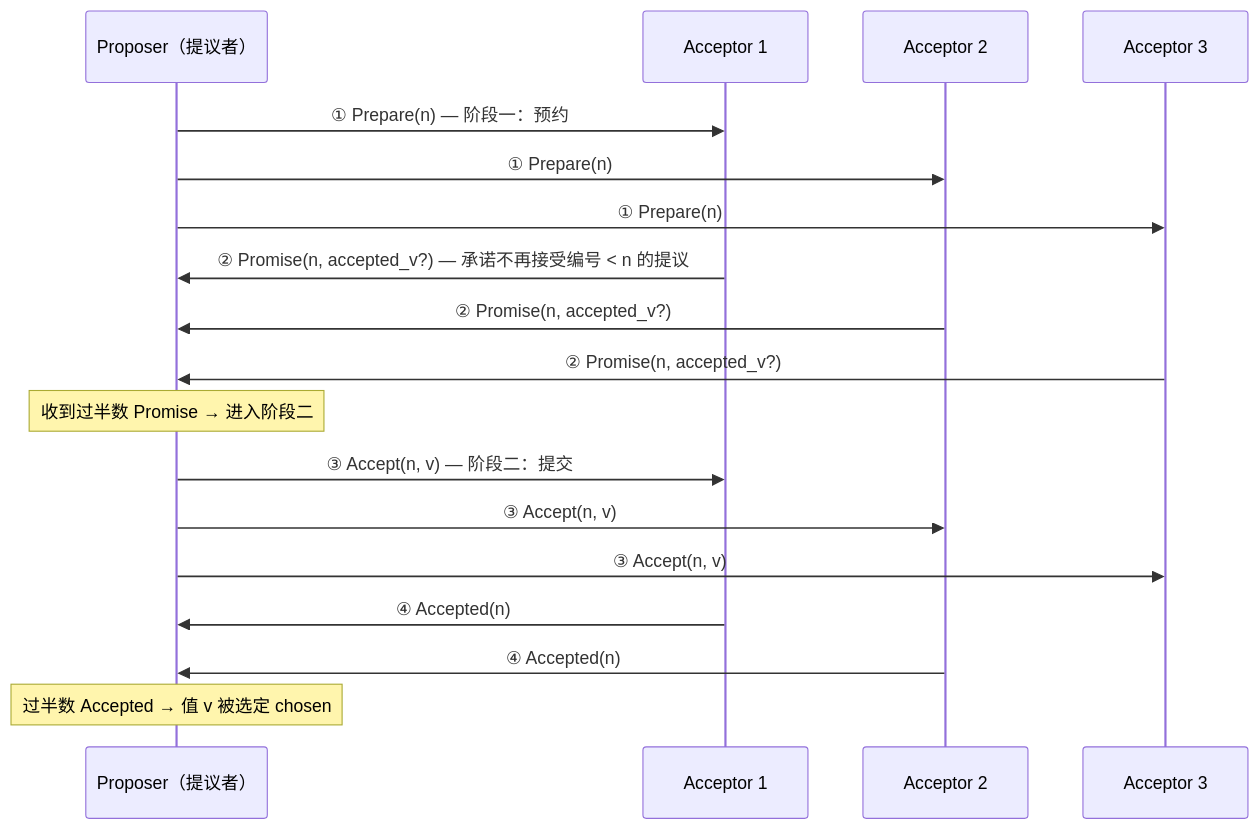
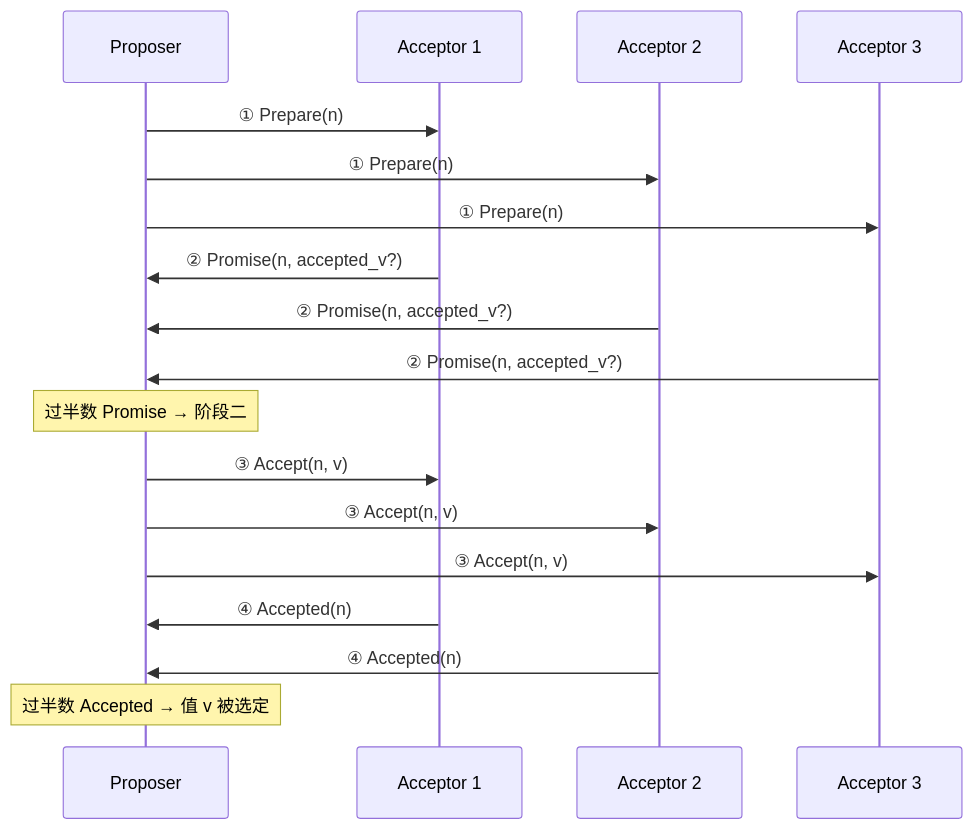
Before and after one commit to ml-cuizijun/LearnToLilith: the fourth of 11 diagrams in 02-中间件与数据库/06-分布式理论与一致性/知识点.md, drawn with Mermaid. The commit also changed other lines of this file and 178 other files, not shown here.

````diff
--- a/02-中间件与数据库/06-分布式理论与一致性/知识点.md
+++ b/02-中间件与数据库/06-分布式理论与一致性/知识点.md
@@ -169,20 +178,20 @@
 ```mermaid
 sequenceDiagram
-    participant P as Proposer（提议者）
+    participant P as Proposer
     participant A1 as Acceptor 1
     participant A2 as Acceptor 2
     participant A3 as Acceptor 3
-    P->>A1: ① Prepare(n) — 阶段一：预约
+    P->>A1: ① Prepare(n)
     P->>A2: ① Prepare(n)
     P->>A3: ① Prepare(n)
-    A1->>P: ② Promise(n, accepted_v?) — 承诺不再接受编号 < n 的提议
+    A1->>P: ② Promise(n, accepted_v?)
     A2->>P: ② Promise(n, accepted_v?)
     A3->>P: ② Promise(n, accepted_v?)
-    Note over P: 收到过半数 Promise → 进入阶段二
-    P->>A1: ③ Accept(n, v) — 阶段二：提交
+    Note over P: 过半数 Promise → 阶段二
+    P->>A1: ③ Accept(n, v)
     P->>A2: ③ Accept(n, v)
     P->>A3: ③ Accept(n, v)
     A1->>P: ④ Accepted(n)
     A2->>P: ④ Accepted(n)
-    Note over P: 过半数 Accepted → 值 v 被选定 chosen
+    Note over P: 过半数 Accepted → 值 v 被选定
 ```
````
